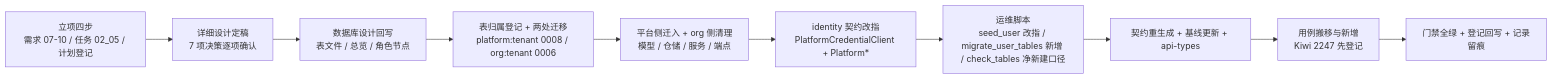
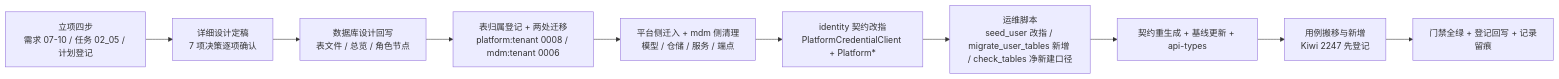
One commit to minjian123/basic-management-system changed the diagram in bms文档/项目/07_RBAC基础模块/任务/02_用户与角色/02_用户与角色_05_用户账号归口平台/实施/01_实施记录_05_用户账号归口平台.md. Above: the diagram before and after it, drawn with Mermaid. The commit also changed other lines of this file and 501 other files, not shown here.

````diff
--- a/bms文档/项目/07_RBAC基础模块/任务/02_用户与角色/02_用户与角色_05_用户账号归口平台/实施/01_实施记录_05_用户账号归口平台.md
+++ b/bms文档/项目/07_RBAC基础模块/任务/02_用户与角色/02_用户与角色_05_用户账号归口平台/实施/01_实施记录_05_用户账号归口平台.md
@@ -22,12 +22,12 @@
 ```mermaid
 flowchart LR
     A["立项四步<br/>需求 07-10 / 任务 02_05 / 计划登记"] --> B["详细设计定稿<br/>7 项决策逐项确认"]
     B --> C["数据库设计回写<br/>表文件 / 总览 / 角色节点"]
-    C --> D["表归属登记 + 两处迁移<br/>platform:tenant 0008 / org:tenant 0006"]
-    D --> E["平台侧迁入 + org 侧清理<br/>模型 / 仓储 / 服务 / 端点"]
+    C --> D["表归属登记 + 两处迁移<br/>platform:tenant 0008 / mdm:tenant 0006"]
+    D --> E["平台侧迁入 + mdm 侧清理<br/>模型 / 仓储 / 服务 / 端点"]
     E --> F["identity 契约改指<br/>PlatformCredentialClient + Platform*"]
     F --> G["运维脚本<br/>seed_user 改指 / migrate_user_tables 新增 / check_tables 净新建口径"]
     G --> H["契约重生成 + 基线更新 + api-types"]
     H --> I["用例搬移与新增<br/>Kiwi 2247 先登记"]
     I --> J["门禁全绿 + 登记回写 + 记录留痕"]
 ```
````
